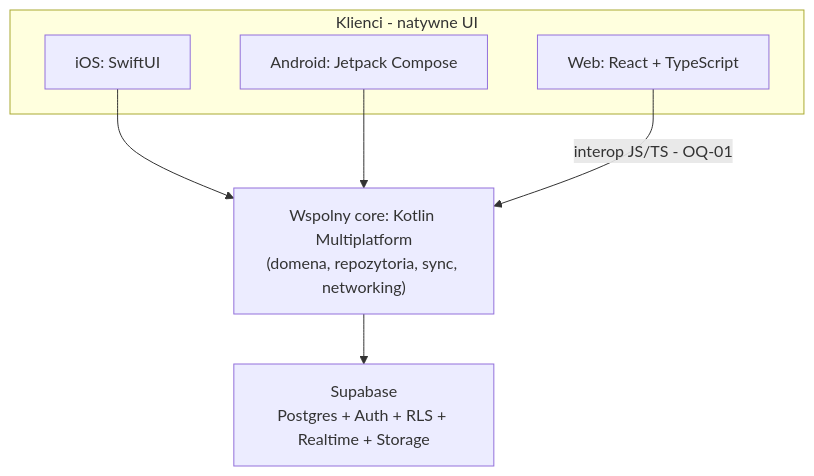
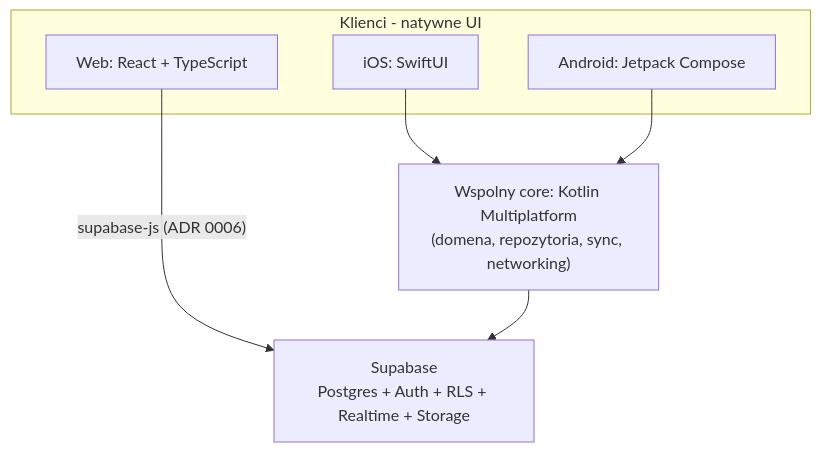
The diagram in docs/architecture/overview.md (MarekBiolik/GymManager), drawn with Mermaid before and after one commit. The commit also changed other lines of this file and 9 other files, not shown here.

First line of the commit message:
docs: decide web uses supabase-js without KMP-JS (OQ-01) (#18)

````diff
--- a/docs/architecture/overview.md
+++ b/docs/architecture/overview.md
@@ -9,14 +9,14 @@
 ```mermaid
 flowchart TB
   subgraph clients [Klienci - natywne UI]
     ios["iOS: SwiftUI"]
     android["Android: Jetpack Compose"]
     web["Web: React + TypeScript"]
   end
   core["Wspolny core: Kotlin Multiplatform\n(domena, repozytoria, sync, networking)"]
   supa["Supabase\nPostgres + Auth + RLS + Realtime + Storage"]
   ios --> core
   android --> core
-  web -->|"interop JS/TS - OQ-01"| core
+  web -->|"supabase-js (ADR 0006)"| supa
   core --> supa
 ```
````
